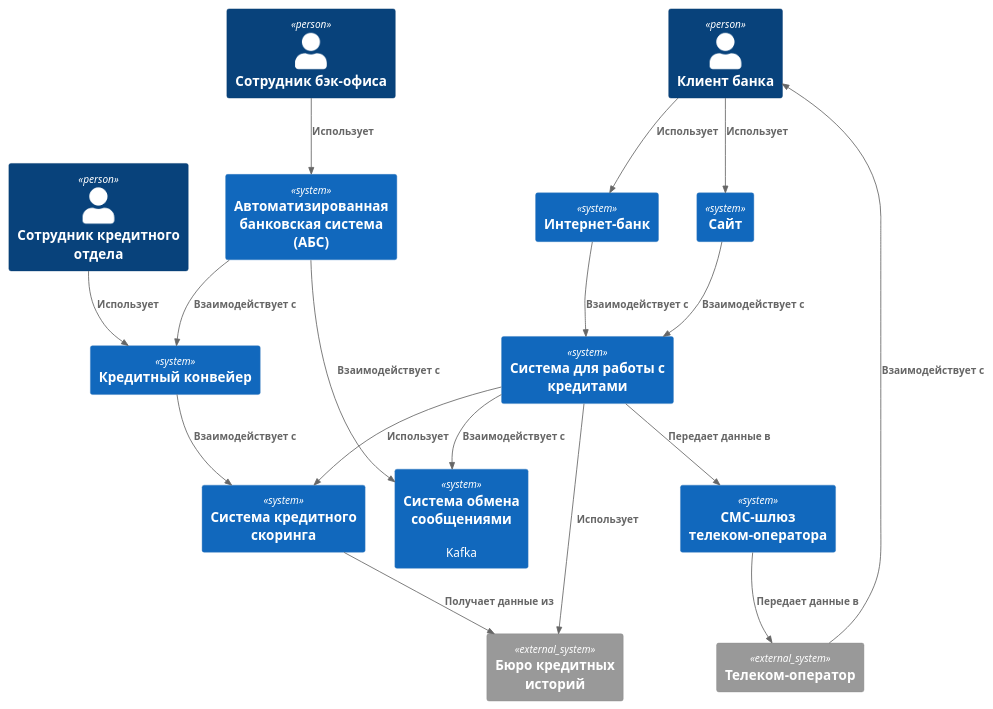
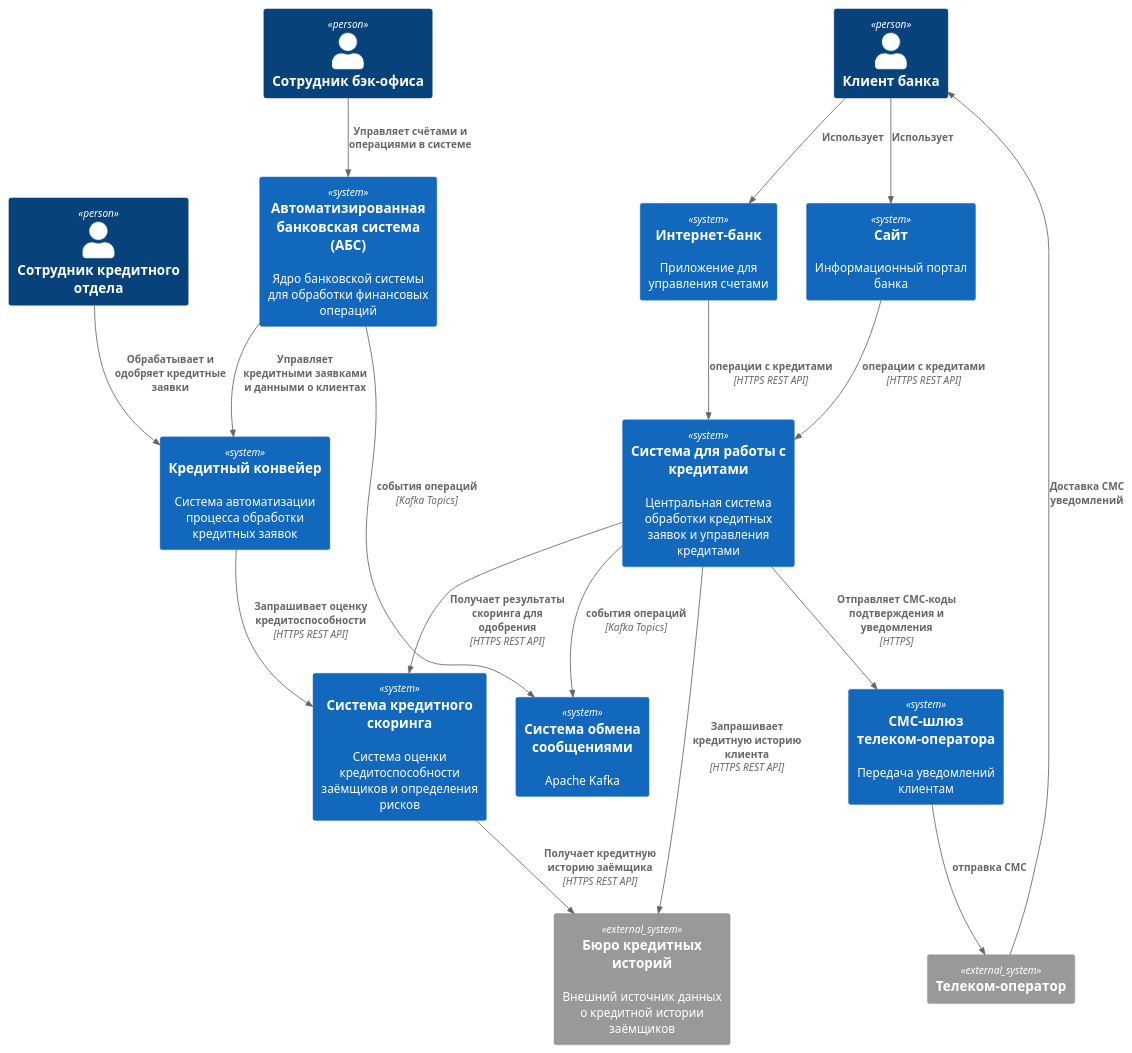
Before and after one commit to vsevolod-nikitin/yandex-practicum-architecture-pro-standart: the diagram in Task5/Context.puml, drawn with PlantUML. The commit also changed 3 other files, not shown here.

Commit message:
Дополнение схем задания 5.

```diff
--- a/Task5/Context.puml
+++ b/Task5/Context.puml
@@ -1,45 +1,45 @@
 @startuml Context
 !include https://raw.githubusercontent.com/plantuml-stdlib/C4-PlantUML/master/C4_Context.puml
 
 Person(client, "Клиент банка")
 Person(backEmployee, "Сотрудник бэк-офиса")
 Person(creditEmployee, "Сотрудник кредитного отдела")
 
-System(website, "Сайт")
-System(internetBank, "Интернет-банк")
-System(creditSystem, "Система для работы с кредитами")
-System(abs, "Автоматизированная банковская система (АБС)")
-System(creditConveyor, "Кредитный конвейер")
-System(scoringSystem, "Система кредитного скоринга")
-System(smsGateway, "СМС-шлюз телеком-оператора")
-System(messageBroker, "Система обмена сообщениями", "Kafka")
+System(website, "Сайт", "Информационный портал банка")
+System(internetBank, "Интернет-банк", "Приложение для управления счетами")
+System(creditSystem, "Система для работы с кредитами", "Центральная система обработки кредитных заявок и управления кредитами")
+System(abs, "Автоматизированная банковская система (АБС)", "Ядро банковской системы для обработки финансовых операций")
+System(creditConveyor, "Кредитный конвейер", "Система автоматизации процесса обработки кредитных заявок")
+System(scoringSystem, "Система кредитного скоринга", "Система оценки кредитоспособности заёмщиков и определения рисков")
+System(smsGateway, "СМС-шлюз телеком-оператора", "Передача уведомлений клиентам")
+System(messageBroker, "Система обмена сообщениями", "Apache Kafka")
 
-System_Ext(creditBureau, "Бюро кредитных историй")
+System_Ext(creditBureau, "Бюро кредитных историй", "Внешний источник данных о кредитной истории заёмщиков")
 System_Ext(telecomOperator, "Телеком-оператор")
 
 Rel(client, internetBank, "Использует")
 Rel(client, website, "Использует")
 
-Rel(internetBank, creditSystem, "Взаимодействует с")
-Rel(website, creditSystem, "Взаимодействует с")
+Rel(internetBank, creditSystem, "операции с кредитами", "HTTPS REST API")
+Rel(website, creditSystem, "операции с кредитами", "HTTPS REST API")
 
-Rel(backEmployee, abs, "Использует")
-Rel(creditEmployee, creditConveyor, "Использует")
+Rel(backEmployee, abs, "Управляет счётами и операциями в системе")
+Rel(creditEmployee, creditConveyor, "Обрабатывает и одобряет кредитные заявки")
 
-Rel(creditSystem, messageBroker, "Взаимодействует с")
-Rel(abs, creditConveyor, "Взаимодействует с")
-Rel(abs, messageBroker, "Взаимодействует с")
+Rel(creditSystem, messageBroker, "события операций", "Kafka Topics")
+Rel(abs, creditConveyor, "Управляет кредитными заявками и данными о клиентах")
+Rel(abs, messageBroker, "события операций", "Kafka Topics")
 
-Rel(creditConveyor, scoringSystem, "Взаимодействует с")
-Rel(scoringSystem, creditBureau, "Получает данные из")
+Rel(creditConveyor, scoringSystem, "Запрашивает оценку кредитоспособности", "HTTPS REST API")
+Rel(scoringSystem, creditBureau, "Получает кредитную историю заёмщика", "HTTPS REST API")
 
-Rel(creditSystem, smsGateway, "Передает данные в")
-Rel(smsGateway, telecomOperator, "Передает данные в")
-Rel(telecomOperator, client, "Взаимодействует с")
+Rel(creditSystem, smsGateway, "Отправляет СМС-коды подтверждения и уведомления", "HTTPS")
+Rel(smsGateway, telecomOperator, "отправка СМС")
+Rel(telecomOperator, client, "Доставка СМС уведомлений")
 
-Rel(creditSystem, scoringSystem, "Использует")
-Rel(creditSystem, creditBureau, "Использует")
+Rel(creditSystem, scoringSystem, "Получает результаты скоринга для одобрения", "HTTPS REST API")
+Rel(creditSystem, creditBureau, "Запрашивает кредитную историю клиента", "HTTPS REST API")
 
 LAYOUT_TOP_DOWN()
 
 @enduml
```
